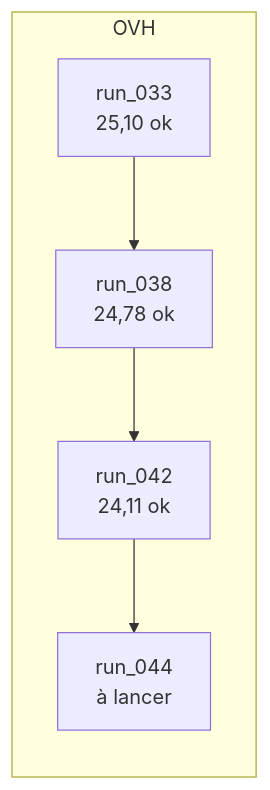
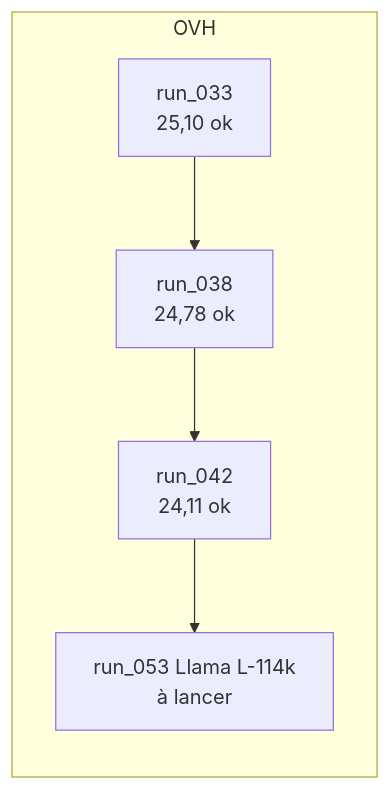
One commit to crispyfunicular/Pantagruel_S3T changed the first of 2 diagrams in documentation/recommandations.md. Above: the diagram before and after it, drawn with Mermaid. The commit also changed other lines of this file and 21 other files, not shown here.

````diff
--- a/documentation/recommandations.md
+++ b/documentation/recommandations.md
@@ -77,10 +78,10 @@
 ```mermaid
 flowchart LR
   subgraph ovh [OVH]
     r033["run_033\n25,10 ok"]
     r038["run_038\n24,78 ok"]
     r042["run_042\n24,11 ok"]
-    r044["run_044\nà lancer"]
-    r033 --> r038 --> r042 --> r044
+    r053["run_053 Llama L-114k\nà lancer"]
+    r033 --> r038 --> r042 --> r053
   end
 ```
````
